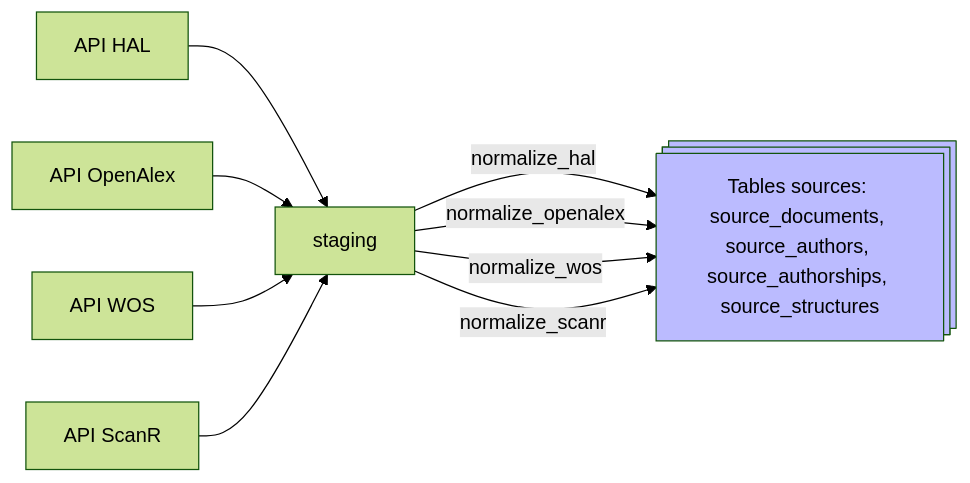
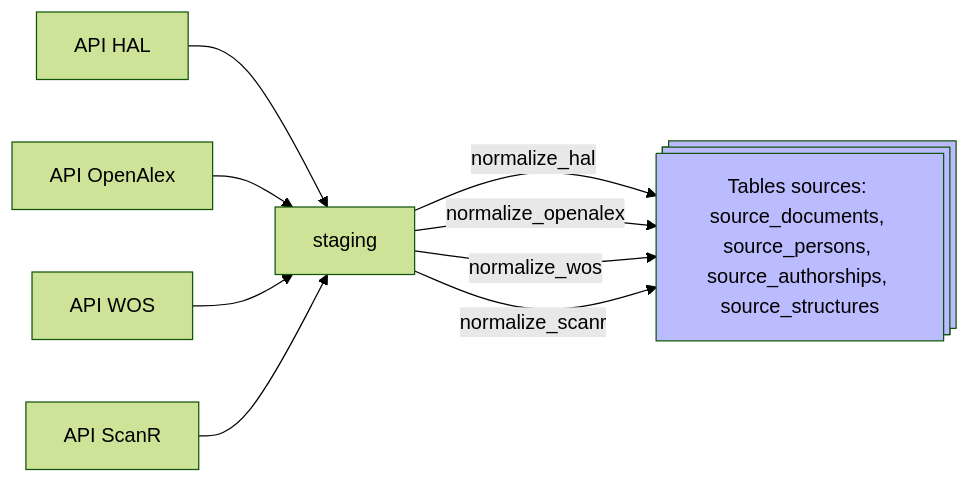
Before and after one commit to Y33sha/bibliometrie-uca: the second of 9 diagrams in docs/pipeline.md, drawn with Mermaid (forest theme). The commit also changed 26 other files, not shown here.

First line of the commit message:
Renommer source_authors → source_persons, source_author_id → source_person_id

````diff
--- a/docs/pipeline.md
+++ b/docs/pipeline.md
@@ -97,10 +97,10 @@
 ```mermaid
 flowchart LR
     A[API HAL]-->B[staging]-->|normalize_hal|G@{ shape: processes, label: "Tables sources: 
-    source_documents, source_authors, source_authorships, source_structures" }
+    source_documents, source_persons, source_authorships, source_structures" }
     C[API OpenAlex]-->B-->|normalize_openalex|G
     E[API WOS]-->B-->|normalize_wos|G
     K[API ScanR]-->B-->|normalize_scanr|G
     classDef new  fill:#bbf
     class G new;
 ```
````
